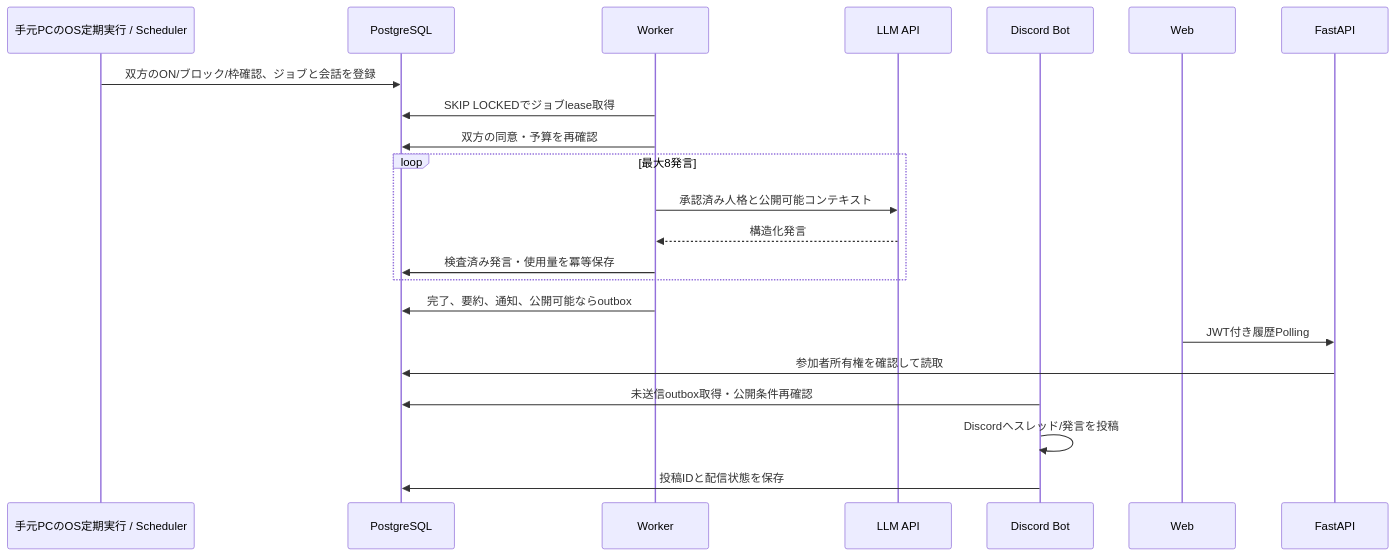
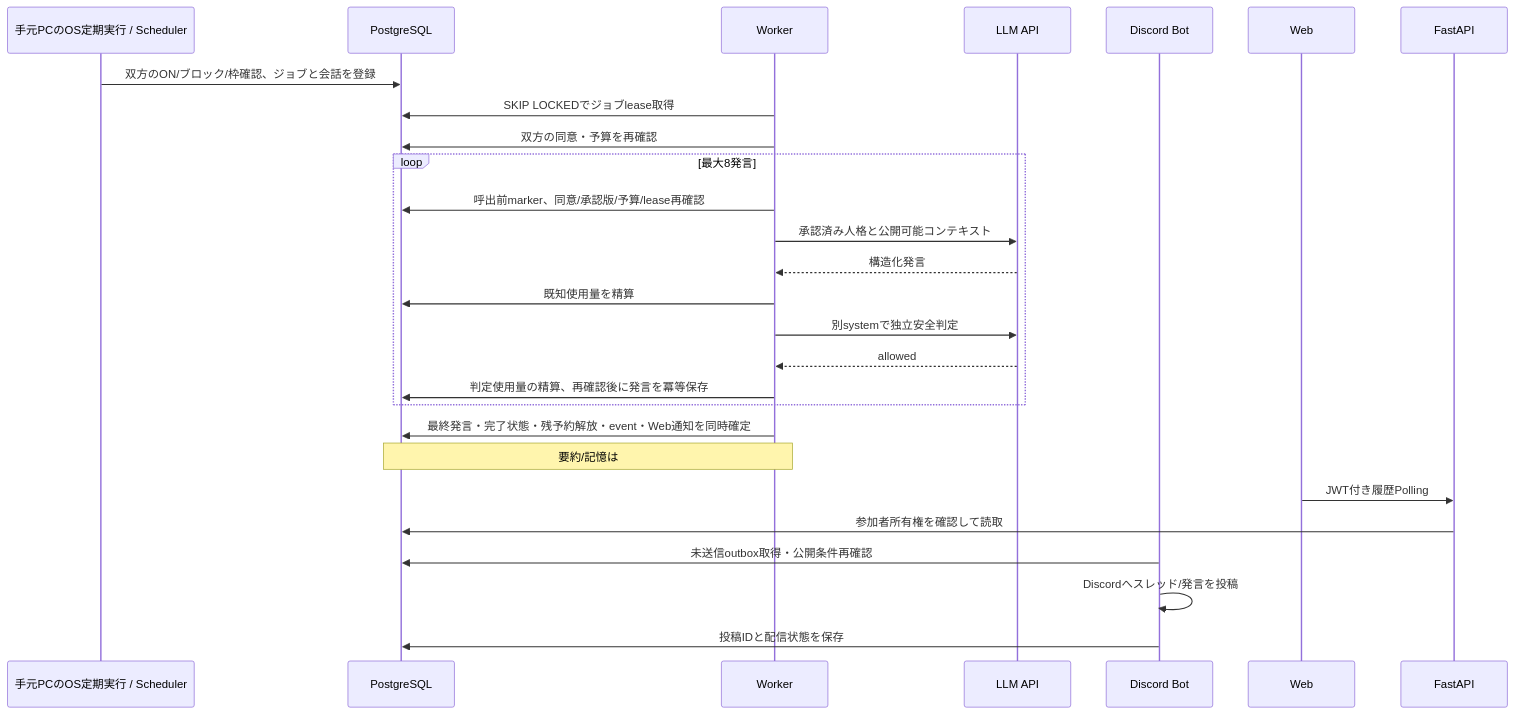
One commit to sskohei/Alter changed the diagram in docs/diagrams/sequence-diagram.md. Above: the diagram before and after it, drawn with Mermaid. The commit also changed 19 other files, not shown here.

````diff
--- a/docs/diagrams/sequence-diagram.md
+++ b/docs/diagrams/sequence-diagram.md
@@ -3,24 +3,29 @@
 ```mermaid
 sequenceDiagram
   participant C as 手元PCのOS定期実行 / Scheduler
   participant D as PostgreSQL
   participant W as Worker
   participant L as LLM API
   participant B as Discord Bot
   participant U as Web
   participant A as FastAPI
   C->>D: 双方のON/ブロック/枠確認、ジョブと会話を登録
   W->>D: SKIP LOCKEDでジョブlease取得
   W->>D: 双方の同意・予算を再確認
   loop 最大8発言
+    W->>D: 呼出前marker、同意/承認版/予算/lease再確認
     W->>L: 承認済み人格と公開可能コンテキスト
     L-->>W: 構造化発言
-    W->>D: 検査済み発言・使用量を冪等保存
+    W->>D: 既知使用量を精算
+    W->>L: 別systemで独立安全判定
+    L-->>W: allowed
+    W->>D: 判定使用量の精算、再確認後に発言を冪等保存
   end
-  W->>D: 完了、要約、通知、公開可能ならoutbox
+  W->>D: 最終発言・完了状態・残予約解放・event・Web通知を同時確定
+  Note over W,D: 要約/記憶は#22、Discord outbox/配信は#28
   U->>A: JWT付き履歴Polling
   A->>D: 参加者所有権を確認して読取
   B->>D: 未送信outbox取得・公開条件再確認
   B->>B: Discordへスレッド/発言を投稿
   B->>D: 投稿IDと配信状態を保存
 ```
````
